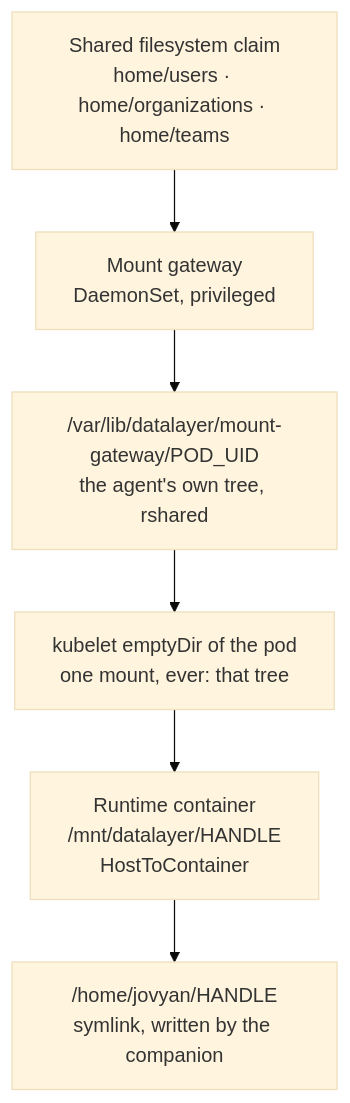
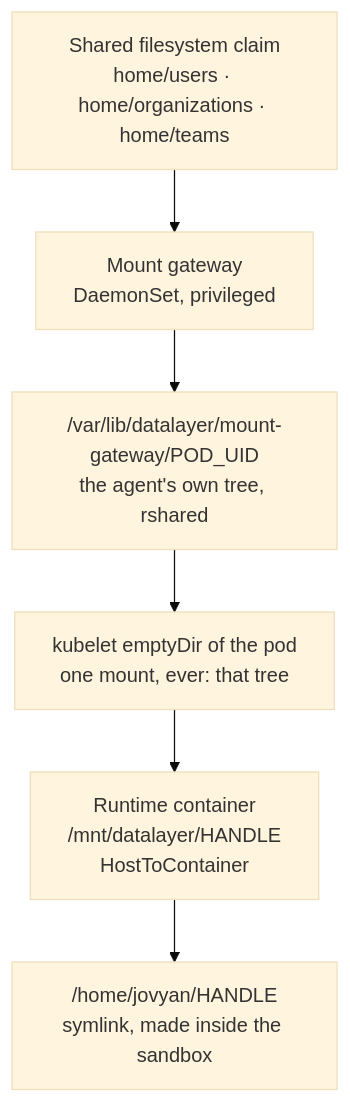
Before and after one commit to datalayer/clouder: the second of 2 diagrams in docs/docs/services/01-system/12-local-csi/index.mdx, drawn with Mermaid (base theme). The commit also changed other lines of this file and 17 other files, not shown here.

```diff
--- a/docs/docs/services/01-system/12-local-csi/index.mdx
+++ b/docs/docs/services/01-system/12-local-csi/index.mdx
@@ -250,10 +250,10 @@
 ~~~mermaid
 flowchart TB
   claim["Shared filesystem claim<br/>home/users · home/organizations · home/teams"]
   agent["Mount gateway<br/>DaemonSet, privileged"]
   tree["/var/lib/datalayer/mount-gateway/POD_UID<br/>the agent's own tree, rshared"]
   vol["kubelet emptyDir of the pod<br/>one mount, ever: that tree"]
   pod["Runtime container<br/>/mnt/datalayer/HANDLE<br/>HostToContainer"]
-  home["/home/jovyan/HANDLE<br/>symlink, written by the companion"]
+  home["/home/jovyan/HANDLE<br/>symlink, made inside the sandbox"]
   claim --> agent --> tree --> vol --> pod --> home
 ~~~
```
